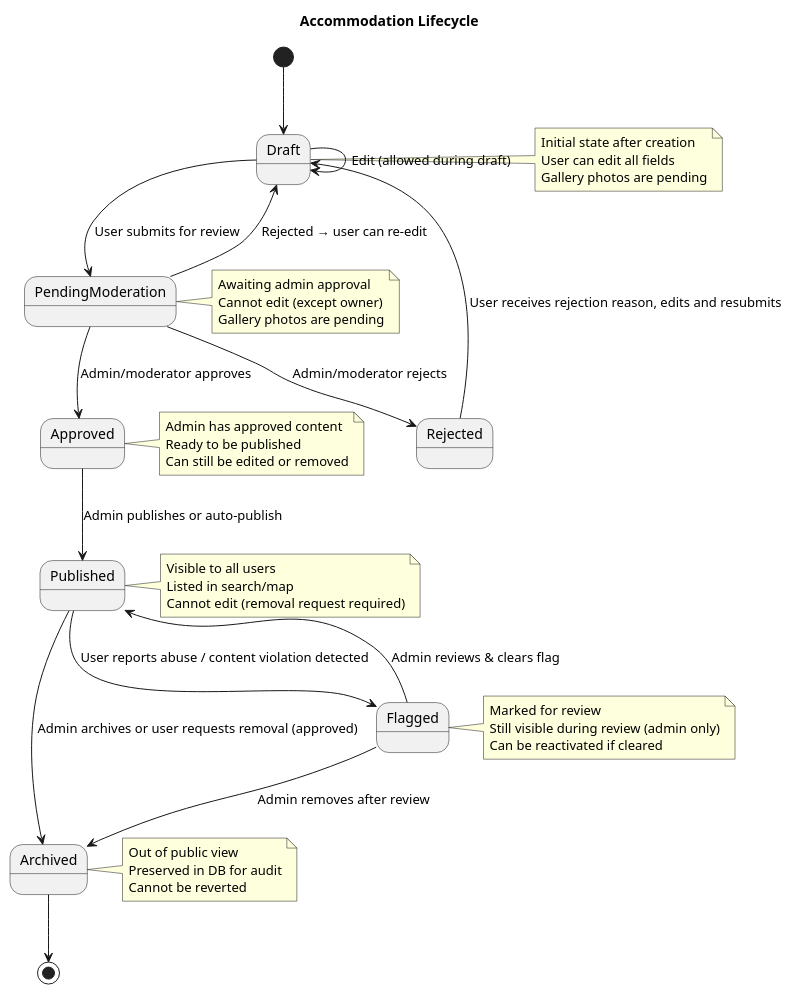
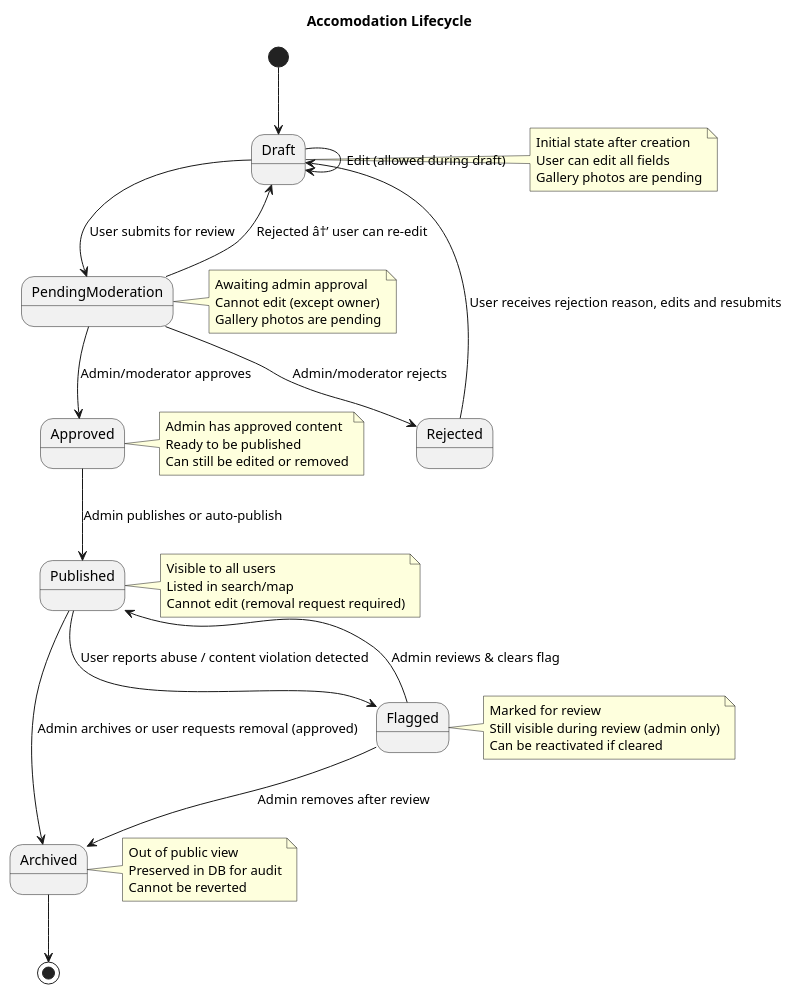
The diagram in docs/diagrams/state-accommodation-lifecycle.puml (alegna83/cookbook-be), drawn with PlantUML before and after one commit. The commit also changed other lines of this file and 27 other files, not shown here.

Commit message:
docs(diagrams): rename accommodation terms and regenerate diagrams

```diff
--- a/docs/diagrams/state-accommodation-lifecycle.puml
+++ b/docs/diagrams/state-accommodation-lifecycle.puml
@@ -1,60 +1,60 @@
-@startuml Accommodation Lifecycle State Machine
-title Accommodation Lifecycle
+@startuml Accomodation Lifecycle State Machine
+title Accomodation Lifecycle
 
 [*] --> Draft
 
 Draft --> PendingModeration: User submits for review
 Draft --> Draft: Edit (allowed during draft)
 
 PendingModeration --> Approved: Admin/moderator approves
 PendingModeration --> Rejected: Admin/moderator rejects
-PendingModeration --> Draft: Rejected → user can re-edit
+PendingModeration --> Draft: Rejected â†’ user can re-edit
 
 Approved --> Published: Admin publishes or auto-publish
 Published --> Archived: Admin archives or user requests removal (approved)
 Published --> Flagged: User reports abuse / content violation detected
 
 Flagged --> Archived: Admin removes after review
 Flagged --> Published: Admin reviews & clears flag
 
 Rejected --> Draft: User receives rejection reason, edits and resubmits
 
 Archived --> [*]
 
 note right of Draft
   Initial state after creation
   User can edit all fields
   Gallery photos are pending
 end note
 
 note right of PendingModeration
   Awaiting admin approval
   Cannot edit (except owner)
   Gallery photos are pending
 end note
 
 note right of Approved
   Admin has approved content
   Ready to be published
   Can still be edited or removed
 end note
 
 note right of Published
   Visible to all users
   Listed in search/map
   Cannot edit (removal request required)
 end note
 
 note right of Archived
   Out of public view
   Preserved in DB for audit
   Cannot be reverted
 end note
 
 note right of Flagged
   Marked for review
   Still visible during review (admin only)
   Can be reactivated if cleared
 end note
 
 @enduml
```
